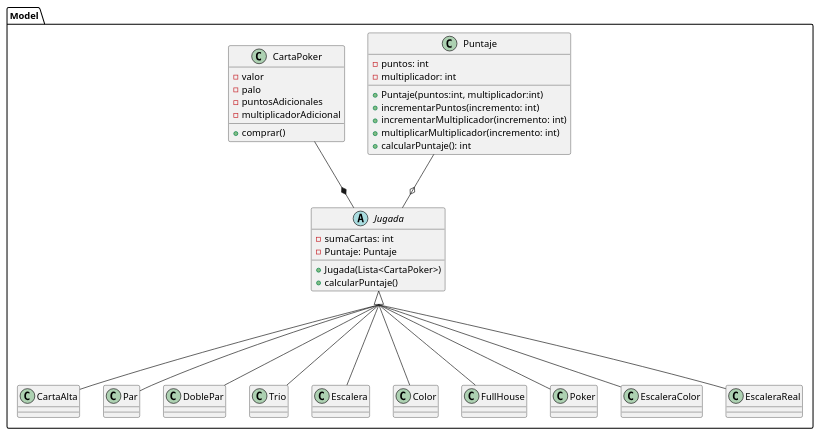
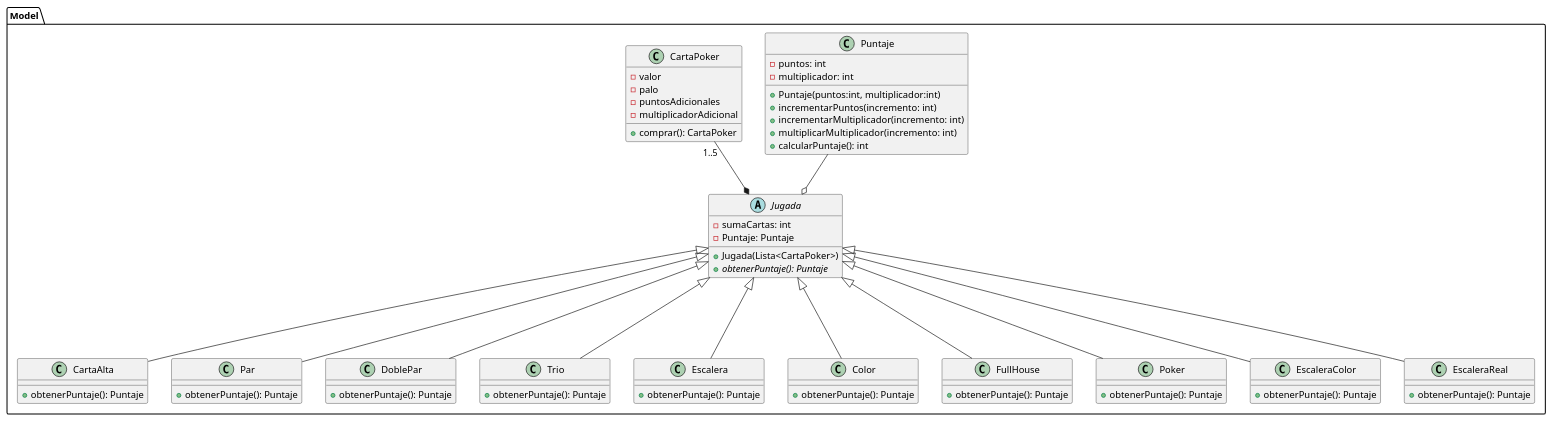
Before and after one commit to carruizdiaz1109/UBAlatro: the diagram in diagrams/classes/clasesBalatro4.puml, drawn with PlantUML. The commit also changed 7 other files, not shown here.

Commit message:
Mob Programming. Diagramas de secuencia: test02, test03, test04 pertenecientes a la entrega1

```diff
--- a/diagrams/classes/clasesBalatro4.puml
+++ b/diagrams/classes/clasesBalatro4.puml
@@ -1,66 +1,84 @@
 @startuml
-skinparam groupInheritance 4
 package Model {
 
     class Puntaje {
         - puntos: int
         - multiplicador: int
         + Puntaje(puntos:int, multiplicador:int)
         + incrementarPuntos(incremento: int)
         + incrementarMultiplicador(incremento: int)
         + multiplicarMultiplicador(incremento: int)
         + calcularPuntaje(): int
     }
 
     class CartaPoker {
         - valor
         - palo
         - puntosAdicionales
         - multiplicadorAdicional
-        + comprar()
+        + comprar(): CartaPoker
     }
 
     abstract class Jugada {
         - sumaCartas: int
         - Puntaje: Puntaje
         + Jugada(Lista<CartaPoker>)
-        + calcularPuntaje()
+        + {abstract} obtenerPuntaje(): Puntaje
     }
 
     class CartaAlta {
+        + obtenerPuntaje(): Puntaje
     }
 
-    class Par {}
+    class Par {
+    + obtenerPuntaje(): Puntaje
+    }
 
-    class DoblePar {}
+    class DoblePar {
+    + obtenerPuntaje(): Puntaje
+    }
 
-    class Trio {}
+    class Trio {
+    + obtenerPuntaje(): Puntaje
+    }
 
-    class Escalera {}
+    class Escalera {
+    + obtenerPuntaje(): Puntaje
+    }
 
-    class Color {}
+    class Color {
+    + obtenerPuntaje(): Puntaje
+    }
 
-    class FullHouse {}
+    class FullHouse {
+    + obtenerPuntaje(): Puntaje
+    }
 
-    class Poker {}
+    class Poker {
+    + obtenerPuntaje(): Puntaje
+    }
 
-    class EscaleraColor {}
+    class EscaleraColor {
+    + obtenerPuntaje(): Puntaje
+    }
 
-    class EscaleraReal {}
+    class EscaleraReal {
+    + obtenerPuntaje(): Puntaje
+    }
 
-    Jugada *-up- CartaPoker
+    Jugada *-up- "1..5"CartaPoker
     Jugada o-up- Puntaje
 
     CartaAlta -up--|> Jugada
     Par -up--|> Jugada
     DoblePar -up--|> Jugada
     Trio -up--|> Jugada
     Escalera -up--|> Jugada
     Color -up--|> Jugada
     FullHouse -up--|> Jugada
     Poker -up--|> Jugada
     EscaleraColor -up--|> Jugada
     EscaleraReal -up--|> Jugada
     }
 }
 @enduml
```
